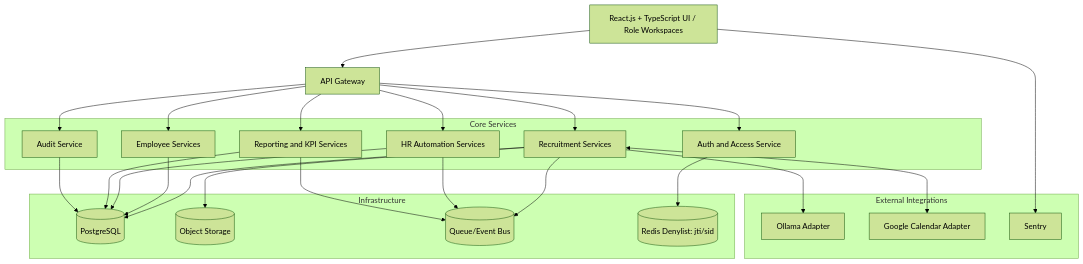
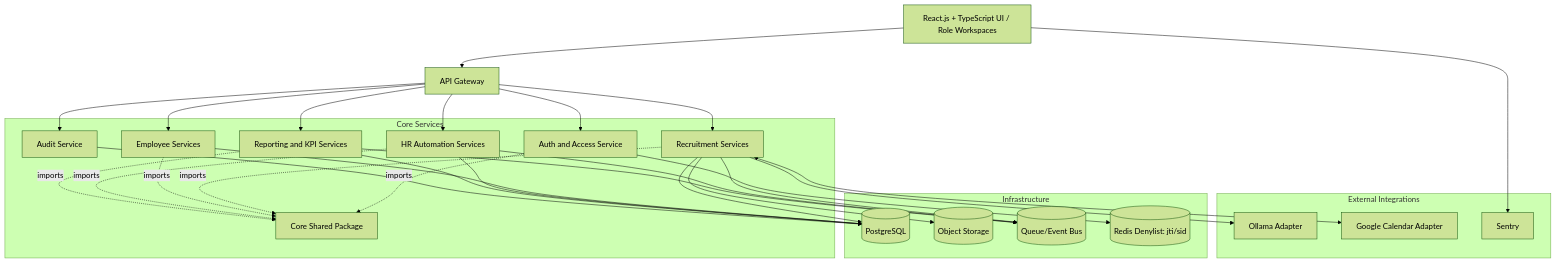
Before and after one commit to RubiFoc/hrm: the second of 10 diagrams in docs/architecture/diagrams.md, drawn with Mermaid (forest theme). The commit also changed 22 other files, not shown here.

Commit message:
refactor: introduce shared core package primitives

````diff
--- a/docs/architecture/diagrams.md
+++ b/docs/architecture/diagrams.md
@@ -39,51 +39,57 @@
 ```mermaid
 flowchart TB
   UI[React.js + TypeScript UI / Role Workspaces]
   API[API Gateway]
 
   subgraph Core[Core Services]
+    COREPKG[Core Shared Package]
     AUTH[Auth and Access Service]
     REC[Recruitment Services]
     EMPDOM[Employee Services]
     HROPS[HR Automation Services]
     ANALYTICS[Reporting and KPI Services]
     AUDIT[Audit Service]
   end
 
   subgraph Infra[Infrastructure]
     DB[(PostgreSQL)]
     OBJ[(Object Storage)]
     QUEUE[(Queue/Event Bus)]
     REDISDNL[(Redis Denylist: jti/sid)]
   end
 
   subgraph Ext[External Integrations]
     OLLAMA[Ollama Adapter]
     GCALSYNC[Google Calendar Adapter]
     SENTRY[Sentry]
   end
 
   UI --> API
   API --> AUTH
   API --> REC
   API --> EMPDOM
   API --> HROPS
   API --> ANALYTICS
   AUTH --> REDISDNL
+  AUTH -.imports.-> COREPKG
+  REC -.imports.-> COREPKG
+  EMPDOM -.imports.-> COREPKG
+  HROPS -.imports.-> COREPKG
+  ANALYTICS -.imports.-> COREPKG
 
   REC --> DB
   EMPDOM --> DB
   HROPS --> DB
   ANALYTICS --> DB
   AUDIT --> DB
 
   REC --> OBJ
   REC --> QUEUE
   HROPS --> QUEUE
   ANALYTICS --> QUEUE
 
   REC --> OLLAMA
   REC <--> GCALSYNC
   API --> AUDIT
   UI --> SENTRY
 ```
````
